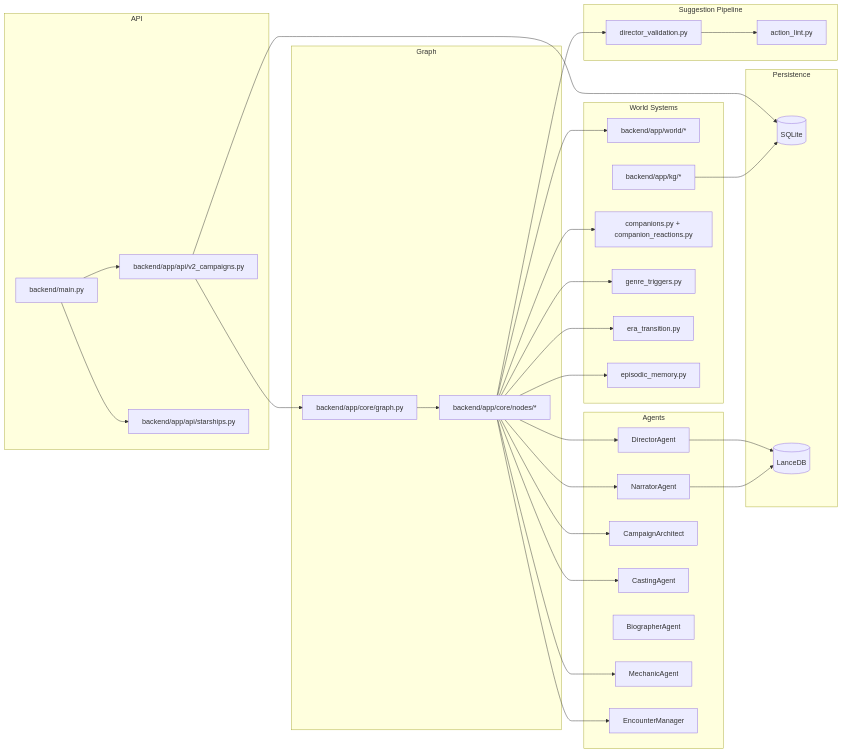
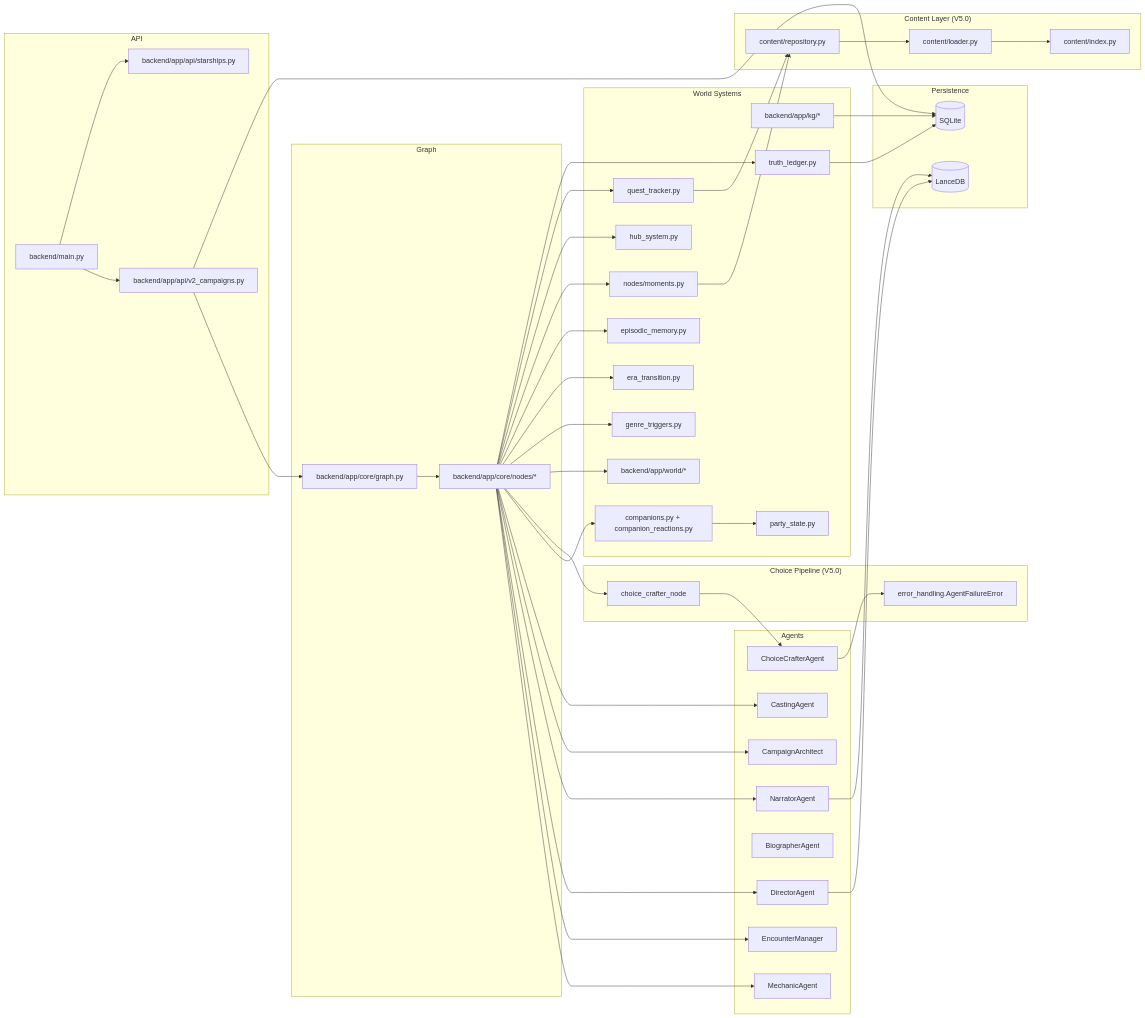
Before and after one commit to DinomyteHero/Storyteller-V2: the diagram in docs/01_repo_map.md, drawn with Mermaid. The commit also changed other lines of this file and 9 other files, not shown here.

First line of the commit message:
docs: comprehensive V5.0 architecture documentation revision

````diff
--- a/docs/01_repo_map.md
+++ b/docs/01_repo_map.md
@@ -180,59 +244,77 @@
 ```mermaid
 graph LR
     subgraph API
         main[backend/main.py]
         v2[backend/app/api/v2_campaigns.py]
         starships[backend/app/api/starships.py]
     end
 
     subgraph Graph
         graph_mod[backend/app/core/graph.py]
         nodes[backend/app/core/nodes/*]
     end
 
     subgraph Agents
         dir[DirectorAgent]
         nar[NarratorAgent]
         arch[CampaignArchitect]
         cast[CastingAgent]
         bio[BiographerAgent]
         mech[MechanicAgent]
         enc[EncounterManager]
+        cc[ChoiceCrafterAgent]
     end
 
-    subgraph "Suggestion Pipeline"
-        dv[director_validation.py]
-        al[action_lint.py]
+    subgraph "Choice Pipeline (V5.0)"
+        cc_node[choice_crafter_node]
+        err[error_handling.AgentFailureError]
     end
 
     subgraph "World Systems"
         world[backend/app/world/*]
         kg[backend/app/kg/*]
         companions[companions.py + companion_reactions.py]
+        party[party_state.py]
         genre[genre_triggers.py]
         era[era_transition.py]
         episodic[episodic_memory.py]
+        hub[hub_system.py]
+        quest[quest_tracker.py]
+        truth[truth_ledger.py]
+        moments[nodes/moments.py]
+    end
+
+    subgraph "Content Layer (V5.0)"
+        repo[content/repository.py]
+        content_loader[content/loader.py]
+        content_idx[content/index.py]
     end
 
     subgraph Persistence
         db[(SQLite)]
         ldb[(LanceDB)]
     end
 
     main --> v2 --> graph_mod --> nodes
     main --> starships
     nodes --> mech
     nodes --> enc
     nodes --> dir --> ldb
     nodes --> nar --> ldb
     nodes --> arch
     nodes --> cast
-    nodes --> companions
-    nodes --> dv --> al
+    nodes --> companions --> party
+    nodes --> cc_node --> cc --> err
     nodes --> world
     nodes --> genre
     nodes --> era
     nodes --> episodic
+    nodes --> moments --> repo
+    nodes --> hub
+    nodes --> quest --> repo
+    nodes --> truth
+    repo --> content_loader --> content_idx
     v2 --> db
     kg --> db
+    truth --> db
 ```
````
